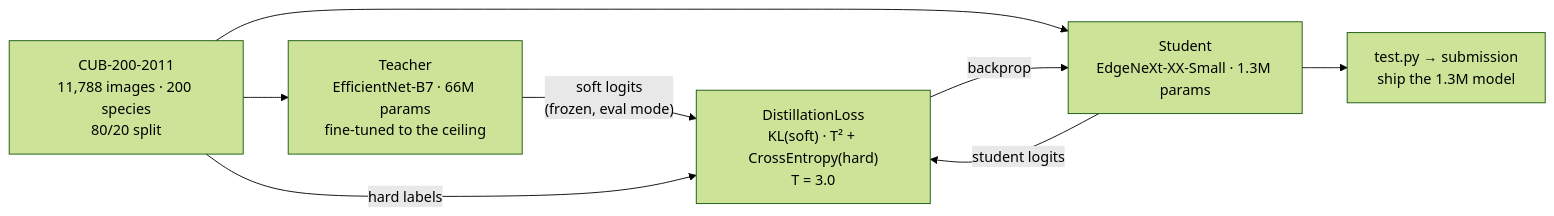
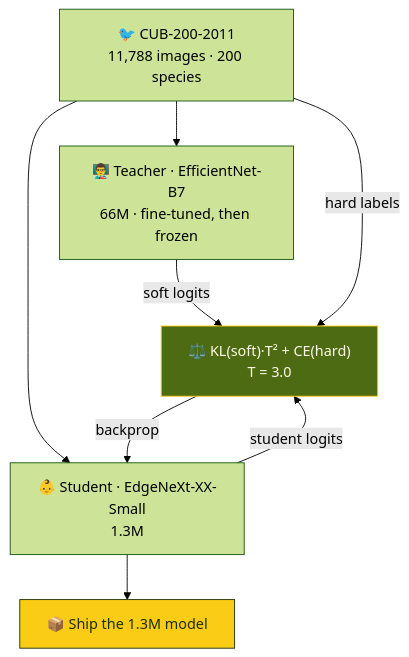
The diagram in gh-readmes/The-Efficient-AI-Challenge---Birds-Classification/README.md (Vishal-AS-0407/portfolio), drawn with Mermaid (forest theme) before and after one commit. The commit also changed other lines of this file and 62 other files, not shown here.

````diff
--- a/gh-readmes/The-Efficient-AI-Challenge---Birds-Classification/README.md
+++ b/gh-readmes/The-Efficient-AI-Challenge---Birds-Classification/README.md
@@ -39,12 +34,12 @@
 ```mermaid
-flowchart LR
-    D["CUB-200-2011<br/>11,788 images · 200 species<br/>80/20 split"] --> T
-    T["Teacher<br/>EfficientNet-B7 · 66M params<br/>fine-tuned to the ceiling"]
-    T -->|"soft logits<br/>(frozen, eval mode)"| L
-    D --> S["Student<br/>EdgeNeXt-XX-Small · 1.3M params"]
+flowchart TD
+    D["🐦 CUB-200-2011<br/>11,788 images · 200 species"] --> T["👨‍🏫 Teacher · EfficientNet-B7<br/>66M · fine-tuned, then frozen"]
+    D --> S["👶 Student · EdgeNeXt-XX-Small<br/>1.3M"]
+    T -->|"soft logits"| L["⚖️ KL(soft)·T² + CE(hard)<br/>T = 3.0"]
     S -->|"student logits"| L
     D -->|"hard labels"| L
-    L["DistillationLoss<br/>KL(soft) · T² + CrossEntropy(hard)<br/>T = 3.0"]
-    L -->|backprop| S
-    S --> SUB["test.py → submission<br/>ship the 1.3M model"]
+    L -->|"backprop"| S
+    S --> SUB["📦 Ship the 1.3M model"]
+    style L fill:#4D6B12,stroke:#FACC15,color:#FEFCE8
+    style SUB fill:#FACC15,stroke:#1A2E05,color:#1A2E05
 ```
````
